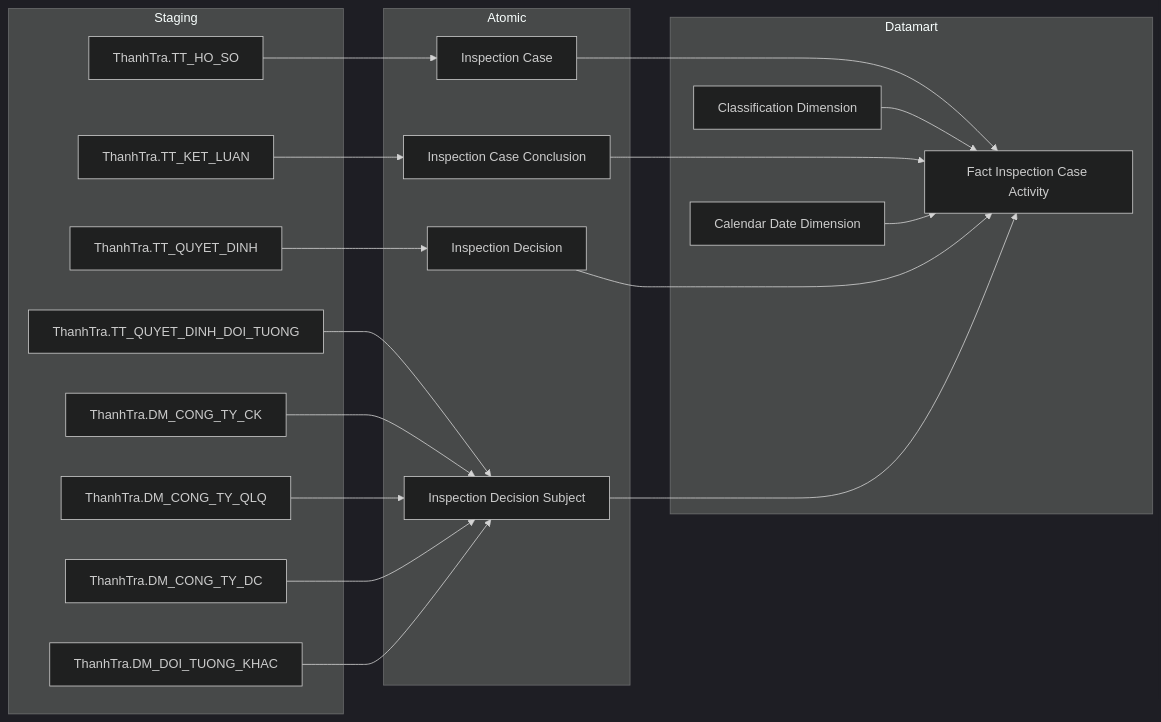
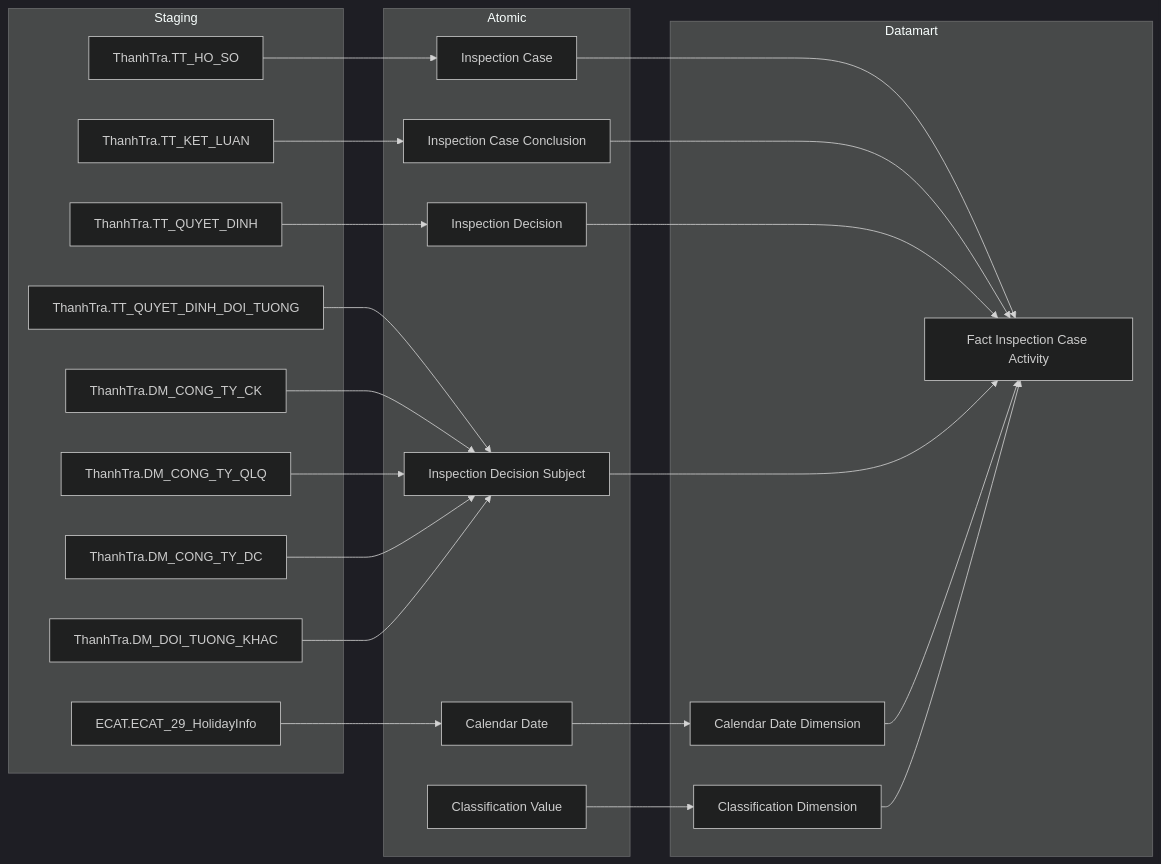
The first of 25 diagrams in Datamart/hld/DTM_TT_HLD.md (linhlvit/ubck_atomic_design), drawn with Mermaid (dark theme) before and after one commit. The commit also changed other lines of this file and 2 other files, not shown here.

Commit message:
update datamart desgin 1

````diff
--- a/Datamart/hld/DTM_TT_HLD.md
+++ b/Datamart/hld/DTM_TT_HLD.md
@@ -20,45 +20,49 @@
 ```mermaid
 flowchart LR
     subgraph SRC["Staging"]
         S1["ThanhTra.TT_HO_SO"]
         S2["ThanhTra.TT_KET_LUAN"]
         S3["ThanhTra.TT_QUYET_DINH"]
         S4["ThanhTra.TT_QUYET_DINH_DOI_TUONG"]
         S5["ThanhTra.DM_CONG_TY_CK"]
         S6["ThanhTra.DM_CONG_TY_QLQ"]
         S7["ThanhTra.DM_CONG_TY_DC"]
         S8["ThanhTra.DM_DOI_TUONG_KHAC"]
+        ECAT_HolidayInfo["ECAT.ECAT_29_HolidayInfo"]
     end
 
     subgraph SIL["Atomic"]
         SV1["Inspection Case"]
         SV2["Inspection Case Conclusion"]
         SV3["Inspection Decision"]
         SV4["Inspection Decision Subject"]
+        Calendar_Date["Calendar Date"]
+        Classification_Value["Classification Value"]
     end
 
-    subgraph Datamart["Datamart"]
+    subgraph GOLD["Datamart"]
         G1["Fact Inspection Case Activity"]
         G2["Calendar Date Dimension"]
         G3["Classification Dimension"]
     end
 
     S1 --> SV1
     S2 --> SV2
     S3 --> SV3
     S4 --> SV4
     S5 --> SV4
     S6 --> SV4
     S7 --> SV4
     S8 --> SV4
-
-    SV3 ~~~ G2
+    ECAT_HolidayInfo --> Calendar_Date
 
     SV1 --> G1
     SV2 --> G1
     SV3 --> G1
     SV4 --> G1
 
+    Calendar_Date --> G2
+    Classification_Value --> G3
     G2 --> G1
     G3 --> G1
 ```
````
